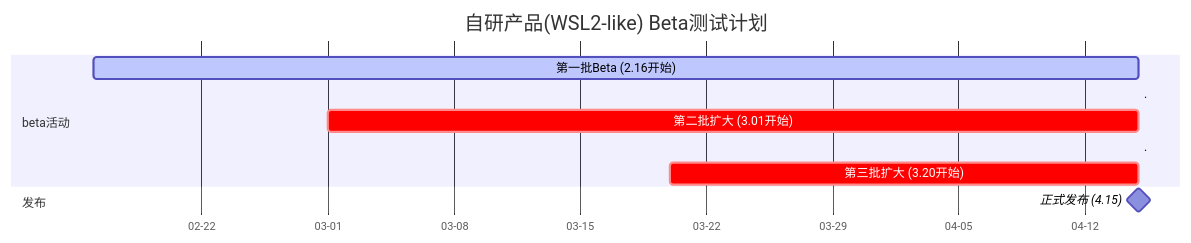
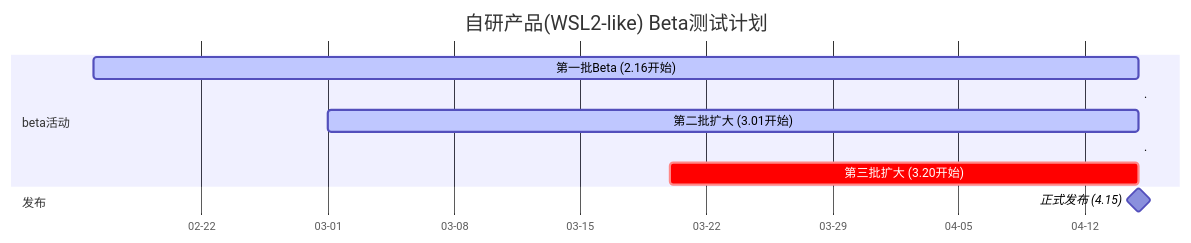
The diagram in all/未命名.md (kilans/iodraw-files), drawn with Mermaid before and after one commit.

Commit message:
2026-03-16 19:33:31 update

````diff
--- a/all/未命名.md
+++ b/all/未命名.md
@@ -1,17 +1,17 @@
 ```mermaid
 gantt
     title 自研产品(WSL2-like) Beta测试计划
     dateFormat  YYYY-MM-DD
     axisFormat %m-%d
     
     section beta活动
     第一批Beta (2.16开始)      :active, 2026-02-16, 58d
     .:0d
-    第二批扩大 (3.01开始)      :crit, 2026-03-01, 45d
+    第二批扩大 (3.01开始)      :active, 2026-03-01, 45d
     .:0d
     第三批扩大 (3.20开始)      :crit, 2026-03-20, 26d
     
     section 发布
     正式发布 (4.15)           :milestone, 2026-04-15, 0d
 
 ```
````
